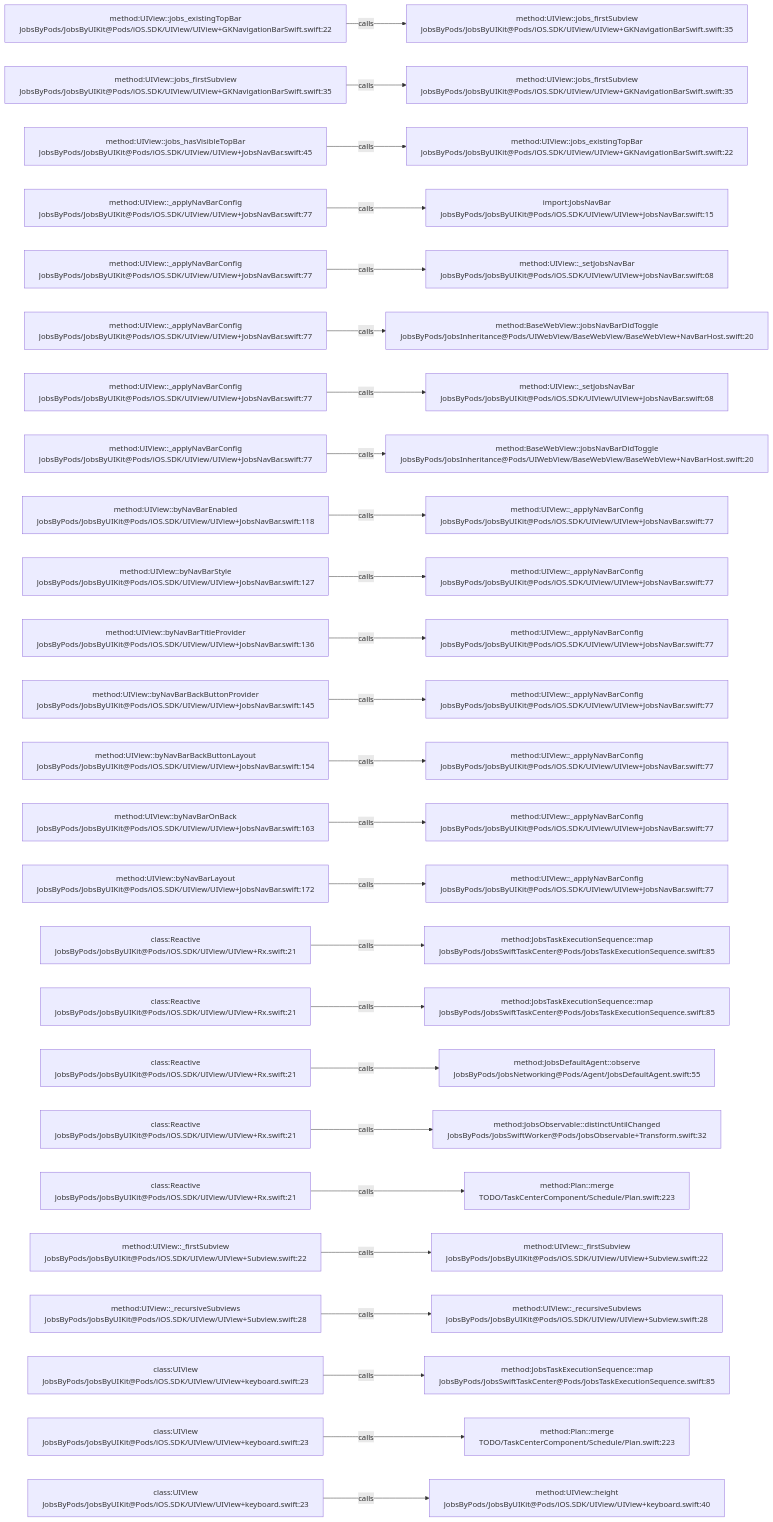
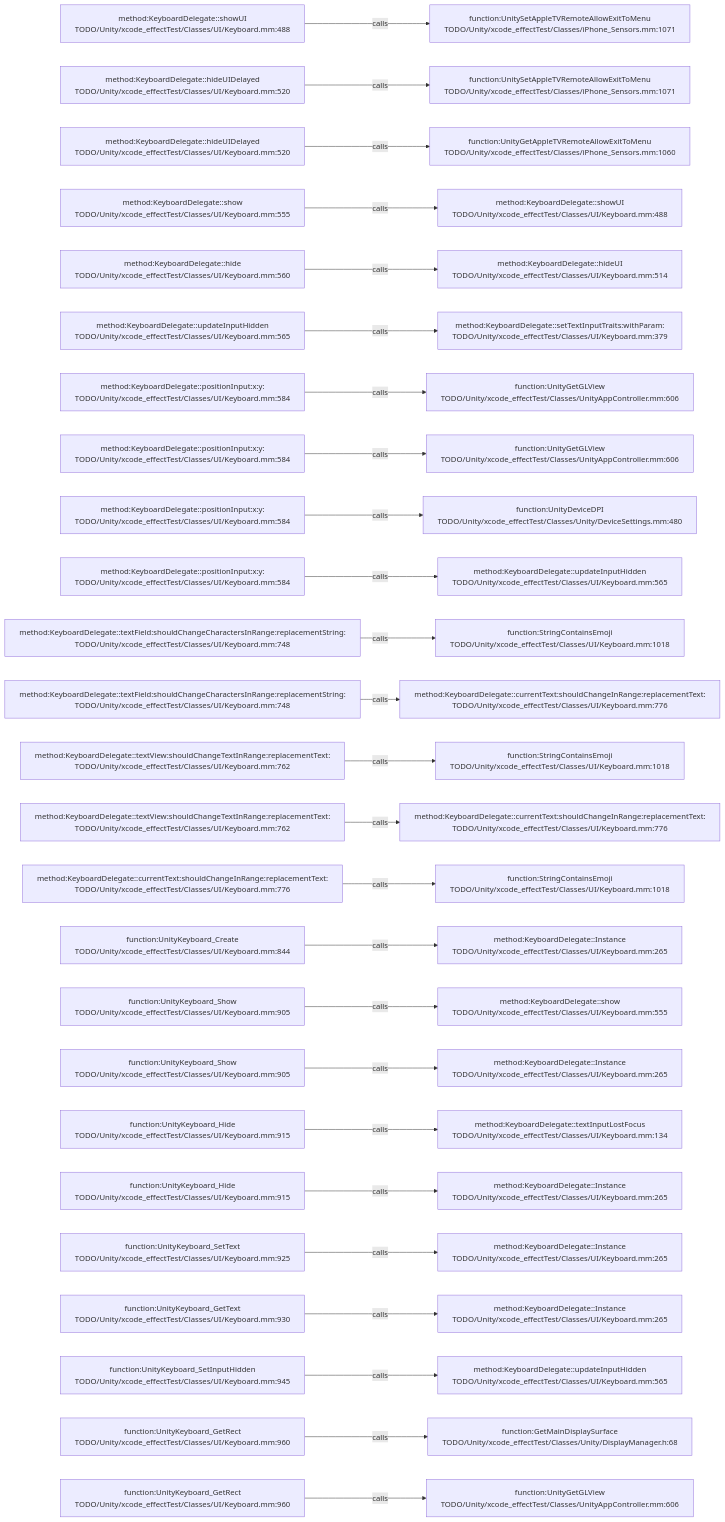
The diagram in .codegraph/codegraph.md/graphs/calls-026.md (JobsKits/JobsSwiftBaseConfigDemo), drawn with Mermaid before and after one commit. The commit also changed 227 other files, not shown here.

````diff
--- a/.codegraph/codegraph.md/graphs/calls-026.md
+++ b/.codegraph/codegraph.md/graphs/calls-026.md
@@ -13,78 +13,78 @@
 ```mermaid
 flowchart LR
-  S1["method:UIView::jobs_existingTopBar<br/>JobsByPods/JobsByUIKit@Pods/iOS.SDK/UIView/UIView+GKNavigationBarSwift.swift:22"]
-  T1["method:UIView::jobs_firstSubview<br/>JobsByPods/JobsByUIKit@Pods/iOS.SDK/UIView/UIView+GKNavigationBarSwift.swift:35"]
+  S1["method:KeyboardDelegate::showUI<br/>TODO/Unity/xcode_effectTest/Classes/UI/Keyboard.mm:488"]
+  T1["function:UnitySetAppleTVRemoteAllowExitToMenu<br/>TODO/Unity/xcode_effectTest/Classes/iPhone_Sensors.mm:1071"]
   S1 -->|calls| T1
-  S2["method:UIView::jobs_firstSubview<br/>JobsByPods/JobsByUIKit@Pods/iOS.SDK/UIView/UIView+GKNavigationBarSwift.swift:35"]
-  T2["method:UIView::jobs_firstSubview<br/>JobsByPods/JobsByUIKit@Pods/iOS.SDK/UIView/UIView+GKNavigationBarSwift.swift:35"]
+  S2["method:KeyboardDelegate::hideUIDelayed<br/>TODO/Unity/xcode_effectTest/Classes/UI/Keyboard.mm:520"]
+  T2["function:UnitySetAppleTVRemoteAllowExitToMenu<br/>TODO/Unity/xcode_effectTest/Classes/iPhone_Sensors.mm:1071"]
   S2 -->|calls| T2
-  S3["method:UIView::jobs_hasVisibleTopBar<br/>JobsByPods/JobsByUIKit@Pods/iOS.SDK/UIView/UIView+JobsNavBar.swift:45"]
-  T3["method:UIView::jobs_existingTopBar<br/>JobsByPods/JobsByUIKit@Pods/iOS.SDK/UIView/UIView+GKNavigationBarSwift.swift:22"]
+  S3["method:KeyboardDelegate::hideUIDelayed<br/>TODO/Unity/xcode_effectTest/Classes/UI/Keyboard.mm:520"]
+  T3["function:UnityGetAppleTVRemoteAllowExitToMenu<br/>TODO/Unity/xcode_effectTest/Classes/iPhone_Sensors.mm:1060"]
   S3 -->|calls| T3
-  S4["method:UIView::_applyNavBarConfig<br/>JobsByPods/JobsByUIKit@Pods/iOS.SDK/UIView/UIView+JobsNavBar.swift:77"]
-  T4["import:JobsNavBar<br/>JobsByPods/JobsByUIKit@Pods/iOS.SDK/UIView/UIView+JobsNavBar.swift:15"]
+  S4["method:KeyboardDelegate::show<br/>TODO/Unity/xcode_effectTest/Classes/UI/Keyboard.mm:555"]
+  T4["method:KeyboardDelegate::showUI<br/>TODO/Unity/xcode_effectTest/Classes/UI/Keyboard.mm:488"]
   S4 -->|calls| T4
-  S5["method:UIView::_applyNavBarConfig<br/>JobsByPods/JobsByUIKit@Pods/iOS.SDK/UIView/UIView+JobsNavBar.swift:77"]
-  T5["method:UIView::_setJobsNavBar<br/>JobsByPods/JobsByUIKit@Pods/iOS.SDK/UIView/UIView+JobsNavBar.swift:68"]
+  S5["method:KeyboardDelegate::hide<br/>TODO/Unity/xcode_effectTest/Classes/UI/Keyboard.mm:560"]
+  T5["method:KeyboardDelegate::hideUI<br/>TODO/Unity/xcode_effectTest/Classes/UI/Keyboard.mm:514"]
   S5 -->|calls| T5
-  S6["method:UIView::_applyNavBarConfig<br/>JobsByPods/JobsByUIKit@Pods/iOS.SDK/UIView/UIView+JobsNavBar.swift:77"]
-  T6["method:BaseWebView::jobsNavBarDidToggle<br/>JobsByPods/JobsInheritance@Pods/UIWebView/BaseWebView/BaseWebView+NavBarHost.swift:20"]
+  S6["method:KeyboardDelegate::updateInputHidden<br/>TODO/Unity/xcode_effectTest/Classes/UI/Keyboard.mm:565"]
+  T6["method:KeyboardDelegate::setTextInputTraits:withParam:<br/>TODO/Unity/xcode_effectTest/Classes/UI/Keyboard.mm:379"]
   S6 -->|calls| T6
-  S7["method:UIView::_applyNavBarConfig<br/>JobsByPods/JobsByUIKit@Pods/iOS.SDK/UIView/UIView+JobsNavBar.swift:77"]
-  T7["method:UIView::_setJobsNavBar<br/>JobsByPods/JobsByUIKit@Pods/iOS.SDK/UIView/UIView+JobsNavBar.swift:68"]
+  S7["method:KeyboardDelegate::positionInput:x:y:<br/>TODO/Unity/xcode_effectTest/Classes/UI/Keyboard.mm:584"]
+  T7["function:UnityGetGLView<br/>TODO/Unity/xcode_effectTest/Classes/UnityAppController.mm:606"]
   S7 -->|calls| T7
-  S8["method:UIView::_applyNavBarConfig<br/>JobsByPods/JobsByUIKit@Pods/iOS.SDK/UIView/UIView+JobsNavBar.swift:77"]
-  T8["method:BaseWebView::jobsNavBarDidToggle<br/>JobsByPods/JobsInheritance@Pods/UIWebView/BaseWebView/BaseWebView+NavBarHost.swift:20"]
+  S8["method:KeyboardDelegate::positionInput:x:y:<br/>TODO/Unity/xcode_effectTest/Classes/UI/Keyboard.mm:584"]
+  T8["function:UnityGetGLView<br/>TODO/Unity/xcode_effectTest/Classes/UnityAppController.mm:606"]
   S8 -->|calls| T8
-  S9["method:UIView::byNavBarEnabled<br/>JobsByPods/JobsByUIKit@Pods/iOS.SDK/UIView/UIView+JobsNavBar.swift:118"]
-  T9["method:UIView::_applyNavBarConfig<br/>JobsByPods/JobsByUIKit@Pods/iOS.SDK/UIView/UIView+JobsNavBar.swift:77"]
+  S9["method:KeyboardDelegate::positionInput:x:y:<br/>TODO/Unity/xcode_effectTest/Classes/UI/Keyboard.mm:584"]
+  T9["function:UnityDeviceDPI<br/>TODO/Unity/xcode_effectTest/Classes/Unity/DeviceSettings.mm:480"]
   S9 -->|calls| T9
-  S10["method:UIView::byNavBarStyle<br/>JobsByPods/JobsByUIKit@Pods/iOS.SDK/UIView/UIView+JobsNavBar.swift:127"]
-  T10["method:UIView::_applyNavBarConfig<br/>JobsByPods/JobsByUIKit@Pods/iOS.SDK/UIView/UIView+JobsNavBar.swift:77"]
+  S10["method:KeyboardDelegate::positionInput:x:y:<br/>TODO/Unity/xcode_effectTest/Classes/UI/Keyboard.mm:584"]
+  T10["method:KeyboardDelegate::updateInputHidden<br/>TODO/Unity/xcode_effectTest/Classes/UI/Keyboard.mm:565"]
   S10 -->|calls| T10
-  S11["method:UIView::byNavBarTitleProvider<br/>JobsByPods/JobsByUIKit@Pods/iOS.SDK/UIView/UIView+JobsNavBar.swift:136"]
-  T11["method:UIView::_applyNavBarConfig<br/>JobsByPods/JobsByUIKit@Pods/iOS.SDK/UIView/UIView+JobsNavBar.swift:77"]
+  S11["method:KeyboardDelegate::textField:shouldChangeCharactersInRange:replacementString:<br/>TODO/Unity/xcode_effectTest/Classes/UI/Keyboard.mm:748"]
+  T11["function:StringContainsEmoji<br/>TODO/Unity/xcode_effectTest/Classes/UI/Keyboard.mm:1018"]
   S11 -->|calls| T11
-  S12["method:UIView::byNavBarBackButtonProvider<br/>JobsByPods/JobsByUIKit@Pods/iOS.SDK/UIView/UIView+JobsNavBar.swift:145"]
-  T12["method:UIView::_applyNavBarConfig<br/>JobsByPods/JobsByUIKit@Pods/iOS.SDK/UIView/UIView+JobsNavBar.swift:77"]
+  S12["method:KeyboardDelegate::textField:shouldChangeCharactersInRange:replacementString:<br/>TODO/Unity/xcode_effectTest/Classes/UI/Keyboard.mm:748"]
+  T12["method:KeyboardDelegate::currentText:shouldChangeInRange:replacementText:<br/>TODO/Unity/xcode_effectTest/Classes/UI/Keyboard.mm:776"]
   S12 -->|calls| T12
-  S13["method:UIView::byNavBarBackButtonLayout<br/>JobsByPods/JobsByUIKit@Pods/iOS.SDK/UIView/UIView+JobsNavBar.swift:154"]
-  T13["method:UIView::_applyNavBarConfig<br/>JobsByPods/JobsByUIKit@Pods/iOS.SDK/UIView/UIView+JobsNavBar.swift:77"]
+  S13["method:KeyboardDelegate::textView:shouldChangeTextInRange:replacementText:<br/>TODO/Unity/xcode_effectTest/Classes/UI/Keyboard.mm:762"]
+  T13["function:StringContainsEmoji<br/>TODO/Unity/xcode_effectTest/Classes/UI/Keyboard.mm:1018"]
   S13 -->|calls| T13
-  S14["method:UIView::byNavBarOnBack<br/>JobsByPods/JobsByUIKit@Pods/iOS.SDK/UIView/UIView+JobsNavBar.swift:163"]
-  T14["method:UIView::_applyNavBarConfig<br/>JobsByPods/JobsByUIKit@Pods/iOS.SDK/UIView/UIView+JobsNavBar.swift:77"]
+  S14["method:KeyboardDelegate::textView:shouldChangeTextInRange:replacementText:<br/>TODO/Unity/xcode_effectTest/Classes/UI/Keyboard.mm:762"]
+  T14["method:KeyboardDelegate::currentText:shouldChangeInRange:replacementText:<br/>TODO/Unity/xcode_effectTest/Classes/UI/Keyboard.mm:776"]
   S14 -->|calls| T14
-  S15["method:UIView::byNavBarLayout<br/>JobsByPods/JobsByUIKit@Pods/iOS.SDK/UIView/UIView+JobsNavBar.swift:172"]
-  T15["method:UIView::_applyNavBarConfig<br/>JobsByPods/JobsByUIKit@Pods/iOS.SDK/UIView/UIView+JobsNavBar.swift:77"]
+  S15["method:KeyboardDelegate::currentText:shouldChangeInRange:replacementText:<br/>TODO/Unity/xcode_effectTest/Classes/UI/Keyboard.mm:776"]
+  T15["function:StringContainsEmoji<br/>TODO/Unity/xcode_effectTest/Classes/UI/Keyboard.mm:1018"]
   S15 -->|calls| T15
-  S16["class:Reactive<br/>JobsByPods/JobsByUIKit@Pods/iOS.SDK/UIView/UIView+Rx.swift:21"]
-  T16["method:JobsTaskExecutionSequence::map<br/>JobsByPods/JobsSwiftTaskCenter@Pods/JobsTaskExecutionSequence.swift:85"]
+  S16["function:UnityKeyboard_Create<br/>TODO/Unity/xcode_effectTest/Classes/UI/Keyboard.mm:844"]
+  T16["method:KeyboardDelegate::Instance<br/>TODO/Unity/xcode_effectTest/Classes/UI/Keyboard.mm:265"]
   S16 -->|calls| T16
-  S17["class:Reactive<br/>JobsByPods/JobsByUIKit@Pods/iOS.SDK/UIView/UIView+Rx.swift:21"]
-  T17["method:JobsTaskExecutionSequence::map<br/>JobsByPods/JobsSwiftTaskCenter@Pods/JobsTaskExecutionSequence.swift:85"]
+  S17["function:UnityKeyboard_Show<br/>TODO/Unity/xcode_effectTest/Classes/UI/Keyboard.mm:905"]
+  T17["method:KeyboardDelegate::show<br/>TODO/Unity/xcode_effectTest/Classes/UI/Keyboard.mm:555"]
   S17 -->|calls| T17
-  S18["class:Reactive<br/>JobsByPods/JobsByUIKit@Pods/iOS.SDK/UIView/UIView+Rx.swift:21"]
-  T18["method:JobsDefaultAgent::observe<br/>JobsByPods/JobsNetworking@Pods/Agent/JobsDefaultAgent.swift:55"]
+  S18["function:UnityKeyboard_Show<br/>TODO/Unity/xcode_effectTest/Classes/UI/Keyboard.mm:905"]
+  T18["method:KeyboardDelegate::Instance<br/>TODO/Unity/xcode_effectTest/Classes/UI/Keyboard.mm:265"]
   S18 -->|calls| T18
-  S19["class:Reactive<br/>JobsByPods/JobsByUIKit@Pods/iOS.SDK/UIView/UIView+Rx.swift:21"]
-  T19["method:JobsObservable::distinctUntilChanged<br/>JobsByPods/JobsSwiftWorker@Pods/JobsObservable+Transform.swift:32"]
+  S19["function:UnityKeyboard_Hide<br/>TODO/Unity/xcode_effectTest/Classes/UI/Keyboard.mm:915"]
+  T19["method:KeyboardDelegate::textInputLostFocus<br/>TODO/Unity/xcode_effectTest/Classes/UI/Keyboard.mm:134"]
   S19 -->|calls| T19
-  S20["class:Reactive<br/>JobsByPods/JobsByUIKit@Pods/iOS.SDK/UIView/UIView+Rx.swift:21"]
-  T20["method:Plan::merge<br/>TODO/TaskCenterComponent/Schedule/Plan.swift:223"]
+  S20["function:UnityKeyboard_Hide<br/>TODO/Unity/xcode_effectTest/Classes/UI/Keyboard.mm:915"]
+  T20["method:KeyboardDelegate::Instance<br/>TODO/Unity/xcode_effectTest/Classes/UI/Keyboard.mm:265"]
   S20 -->|calls| T20
-  S21["method:UIView::_firstSubview<br/>JobsByPods/JobsByUIKit@Pods/iOS.SDK/UIView/UIView+Subview.swift:22"]
-  T21["method:UIView::_firstSubview<br/>JobsByPods/JobsByUIKit@Pods/iOS.SDK/UIView/UIView+Subview.swift:22"]
+  S21["function:UnityKeyboard_SetText<br/>TODO/Unity/xcode_effectTest/Classes/UI/Keyboard.mm:925"]
+  T21["method:KeyboardDelegate::Instance<br/>TODO/Unity/xcode_effectTest/Classes/UI/Keyboard.mm:265"]
   S21 -->|calls| T21
-  S22["method:UIView::_recursiveSubviews<br/>JobsByPods/JobsByUIKit@Pods/iOS.SDK/UIView/UIView+Subview.swift:28"]
-  T22["method:UIView::_recursiveSubviews<br/>JobsByPods/JobsByUIKit@Pods/iOS.SDK/UIView/UIView+Subview.swift:28"]
+  S22["function:UnityKeyboard_GetText<br/>TODO/Unity/xcode_effectTest/Classes/UI/Keyboard.mm:930"]
+  T22["method:KeyboardDelegate::Instance<br/>TODO/Unity/xcode_effectTest/Classes/UI/Keyboard.mm:265"]
   S22 -->|calls| T22
-  S23["class:UIView<br/>JobsByPods/JobsByUIKit@Pods/iOS.SDK/UIView/UIView+keyboard.swift:23"]
-  T23["method:JobsTaskExecutionSequence::map<br/>JobsByPods/JobsSwiftTaskCenter@Pods/JobsTaskExecutionSequence.swift:85"]
+  S23["function:UnityKeyboard_SetInputHidden<br/>TODO/Unity/xcode_effectTest/Classes/UI/Keyboard.mm:945"]
+  T23["method:KeyboardDelegate::updateInputHidden<br/>TODO/Unity/xcode_effectTest/Classes/UI/Keyboard.mm:565"]
   S23 -->|calls| T23
-  S24["class:UIView<br/>JobsByPods/JobsByUIKit@Pods/iOS.SDK/UIView/UIView+keyboard.swift:23"]
-  T24["method:Plan::merge<br/>TODO/TaskCenterComponent/Schedule/Plan.swift:223"]
+  S24["function:UnityKeyboard_GetRect<br/>TODO/Unity/xcode_effectTest/Classes/UI/Keyboard.mm:960"]
+  T24["function:GetMainDisplaySurface<br/>TODO/Unity/xcode_effectTest/Classes/Unity/DisplayManager.h:68"]
   S24 -->|calls| T24
-  S25["class:UIView<br/>JobsByPods/JobsByUIKit@Pods/iOS.SDK/UIView/UIView+keyboard.swift:23"]
-  T25["method:UIView::height<br/>JobsByPods/JobsByUIKit@Pods/iOS.SDK/UIView/UIView+keyboard.swift:40"]
+  S25["function:UnityKeyboard_GetRect<br/>TODO/Unity/xcode_effectTest/Classes/UI/Keyboard.mm:960"]
+  T25["function:UnityGetGLView<br/>TODO/Unity/xcode_effectTest/Classes/UnityAppController.mm:606"]
   S25 -->|calls| T25
 ```
````
